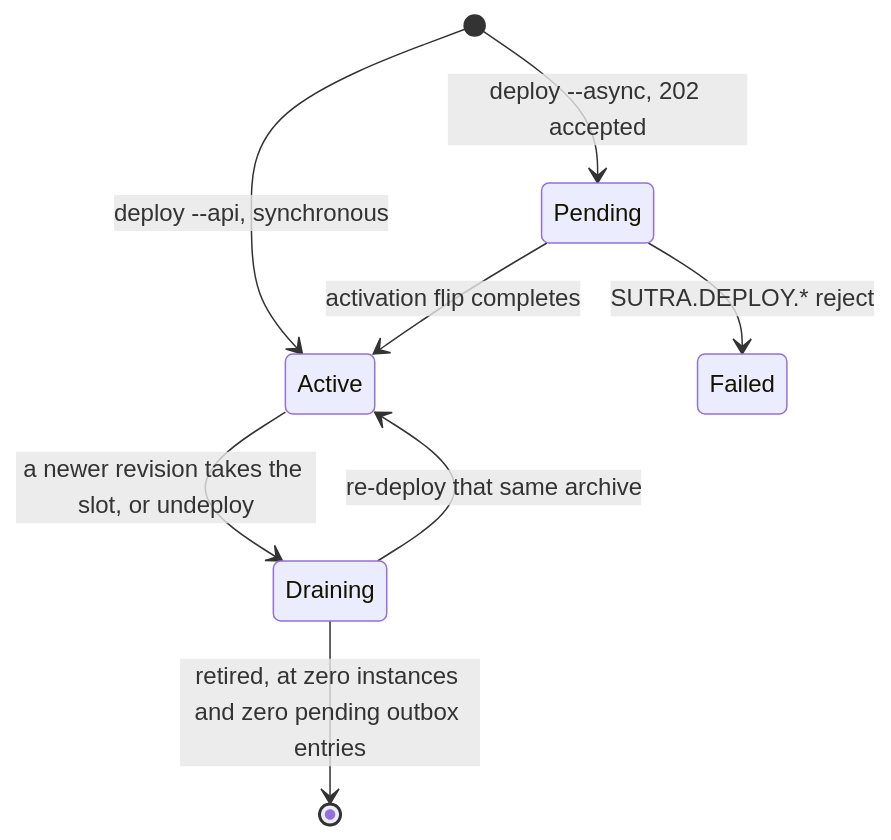
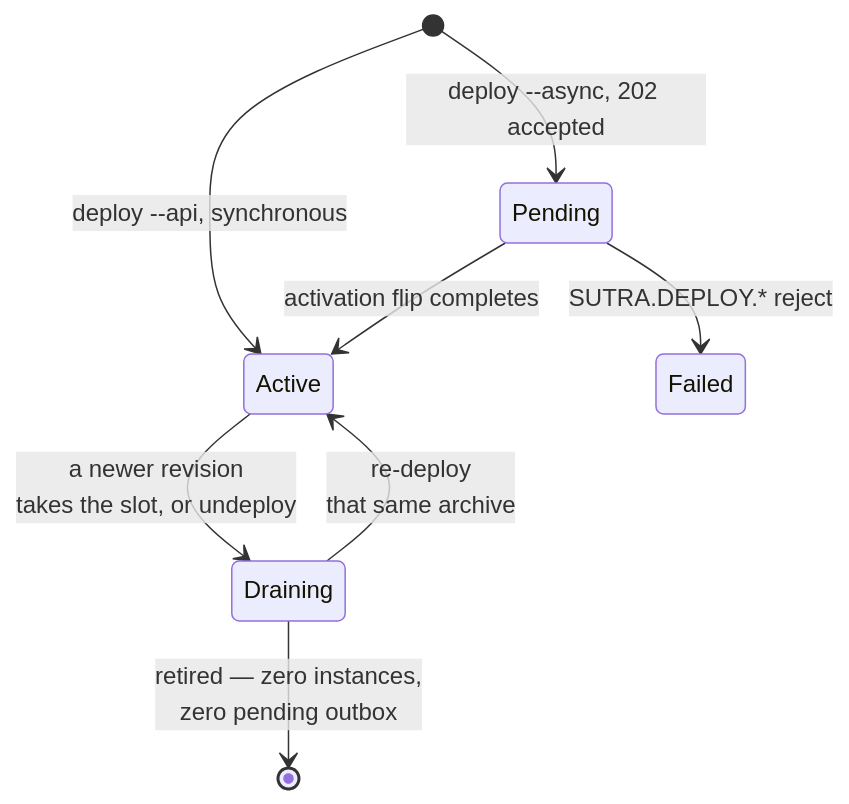
Before and after one commit to startr-trade/sutra: the second of 2 diagrams in docs/src/operating/deploy-rollback.md, drawn with Mermaid. The commit also changed 18 other files, not shown here.

Commit message:
(docs) Update to the documentation diagrams

````diff
--- a/docs/src/operating/deploy-rollback.md
+++ b/docs/src/operating/deploy-rollback.md
@@ -85,10 +85,10 @@
 ```mermaid
 stateDiagram-v2
     [*] --> Active: deploy --api, synchronous
     [*] --> Pending: deploy --async, 202 accepted
     Pending --> Active: activation flip completes
     Pending --> Failed: SUTRA.DEPLOY.* reject
-    Active --> Draining: a newer revision takes the slot, or undeploy
-    Draining --> Active: re-deploy that same archive
-    Draining --> [*]: retired, at zero instances and zero pending outbox entries
+    Active --> Draining: a newer revision<br/>takes the slot, or undeploy
+    Draining --> Active: re-deploy<br/>that same archive
+    Draining --> [*]: retired — zero instances,<br/>zero pending outbox
 ```
````
